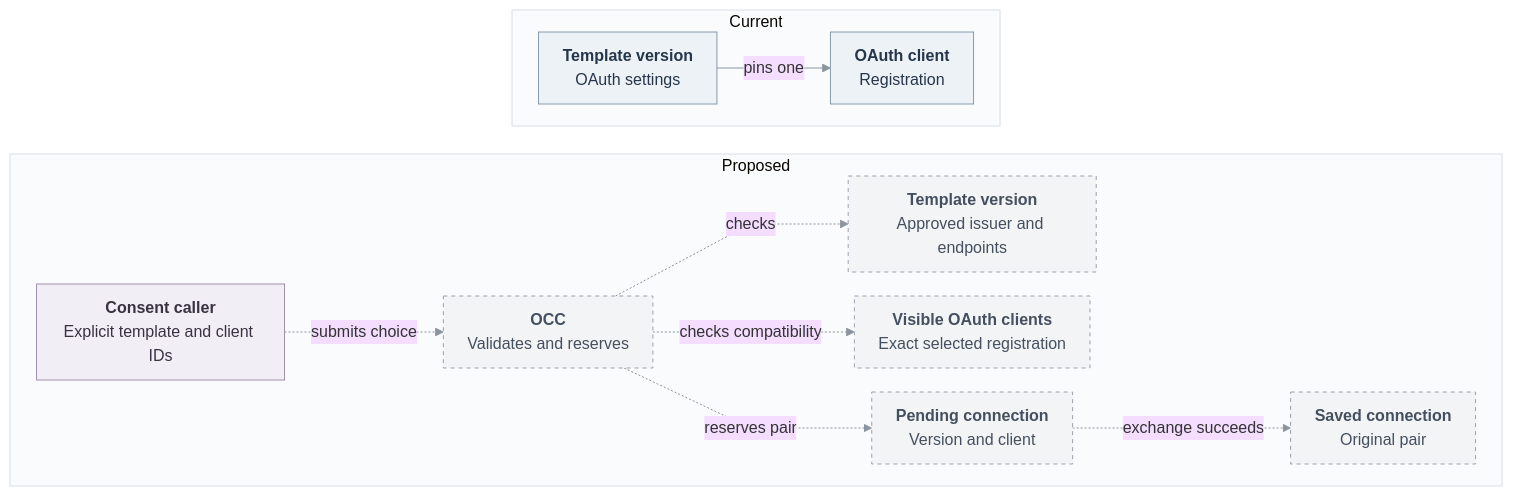
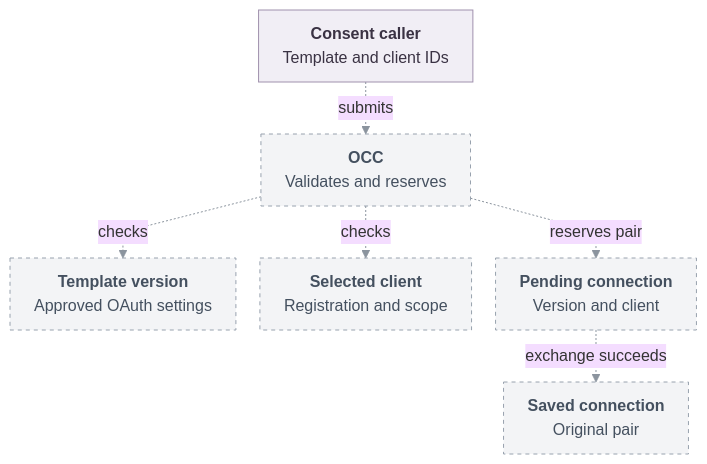
The diagram in specs/rfcs/0023-egress-proxy-credential-lifecycle/oauth-client-associations.md (openclaw/openclaw-enterprise), drawn with Mermaid before and after one commit. The commit also changed other lines of this file, not shown here.

Commit message:
docs: define TokenService secret scope capabilities

````diff
--- a/specs/rfcs/0023-egress-proxy-credential-lifecycle/oauth-client-associations.md
+++ b/specs/rfcs/0023-egress-proxy-credential-lifecycle/oauth-client-associations.md
@@ -28,36 +13,23 @@
 ```mermaid
 ---
 config:
   theme: base
   htmlLabels: true
   flowchart:
     curve: linear
     nodeSpacing: 24
     rankSpacing: 28
     padding: 12
 ---
 flowchart TB
-  subgraph Current["Current"]
-    direction LR
-    CV["<b>Template version</b><br/>OAuth settings"] -->|pins one| CC["<b>OAuth client</b><br/>Registration"]
-  end
-  subgraph Proposed["Proposed"]
-    direction LR
-    A["<b>Consent caller</b><br/>Explicit template and client IDs"] -.->|submits choice| O["<b>OCC</b><br/>Validates and reserves"]
-    O -.->|checks| T["<b>Template version</b><br/>Approved issuer and endpoints"]
-    O -.->|checks compatibility| C["<b>Visible OAuth clients</b><br/>Exact selected registration"]
-    O -.->|reserves pair| P["<b>Pending connection</b><br/>Version and client"]
-    P -.->|exchange succeeds| S["<b>Saved connection</b><br/>Original pair"]
-  end
-  Current ~~~ Proposed
-  classDef record fill:#EDF2F7,stroke:#879AB0,color:#25364A,stroke-width:1px
+  A["<b>Consent caller</b><br/>Template and client IDs"] -.->|submits| O["<b>OCC</b><br/>Validates and reserves"]
+  O -.->|checks| T["<b>Template version</b><br/>Approved OAuth settings"]
+  O -.->|checks| C["<b>Selected client</b><br/>Registration and scope"]
+  O -.->|reserves pair| P["<b>Pending connection</b><br/>Version and client"]
+  P -.->|exchange succeeds| S["<b>Saved connection</b><br/>Original pair"]
   classDef actor fill:#F1EEF5,stroke:#A091AD,color:#3A3243,stroke-width:1px
   classDef pending fill:#F3F4F6,stroke:#98A2AE,color:#44505F,stroke-width:1px,stroke-dasharray:4 4
-  class CV,CC record
   class A actor
   class O,T,C,P,S pending
-  style Current fill:#FAFBFC,stroke:#D8DEE6,stroke-width:1px
-  style Proposed fill:#FAFBFC,stroke:#D8DEE6,stroke-width:1px
   linkStyle default stroke:#8B949E,stroke-width:1px
-  linkStyle 6 stroke:transparent,stroke-width:0px
 ```
````
